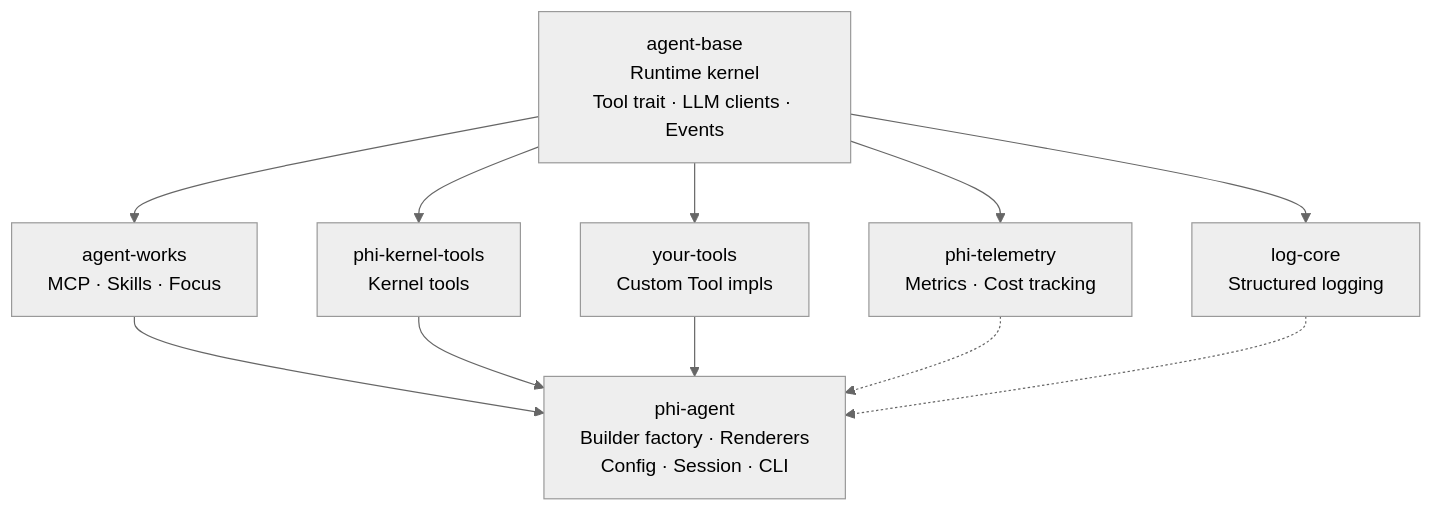
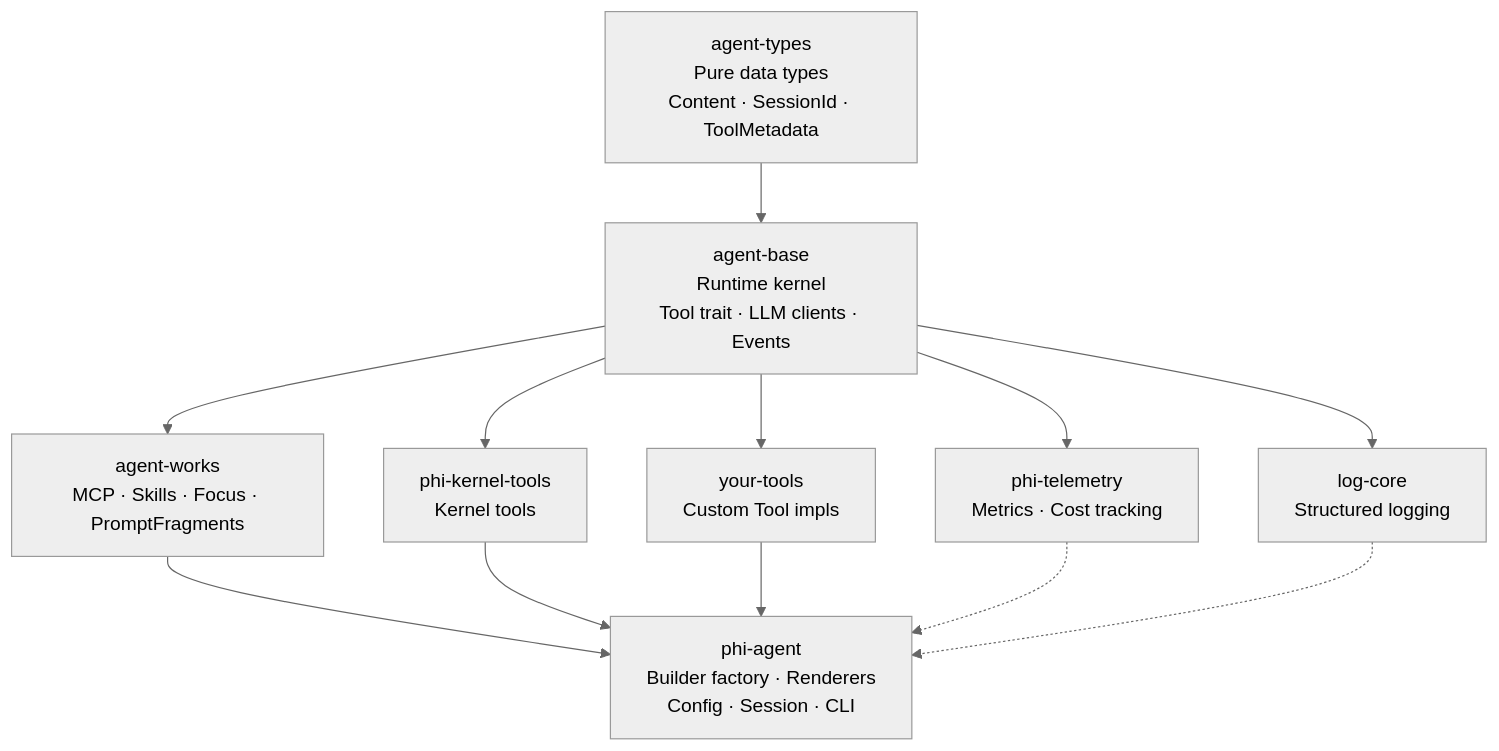
Before and after one commit to hibuka-labs/phi-agent: the diagram in docs/en/guide/concepts/architecture.md, drawn with Mermaid (neutral theme). The commit also changed other lines of this file and 15 other files, not shown here.

First line of the commit message:
refactor(prompt): extract prompt into modular fragments

````diff
--- a/docs/en/guide/concepts/architecture.md
+++ b/docs/en/guide/concepts/architecture.md
@@ -24,18 +25,21 @@
 ```mermaid
 graph TB
+    AT[agent-types<br/>Pure data types<br/>Content · SessionId · ToolMetadata]
+
     AB[agent-base<br/>Runtime kernel<br/>Tool trait · LLM clients · Events]
+    AT --> AB
 
-    AB --> AW[agent-works<br/>MCP · Skills · Focus]
+    AB --> AW[agent-works<br/>MCP · Skills · Focus · PromptFragments]
     AB --> PKT[phi-kernel-tools<br/>Kernel tools]
     AB --> YT[your-tools<br/>Custom Tool impls]
     AB --> PTEL[phi-telemetry<br/>Metrics · Cost tracking]
     AB --> LOG[log-core<br/>Structured logging]
 
     AW --> PA
     PKT --> PA
     YT --> PA
     PTEL -.-> PA
     LOG -.-> PA
 
     PA[phi-agent<br/>Builder factory · Renderers<br/>Config · Session · CLI]
 ```
````
